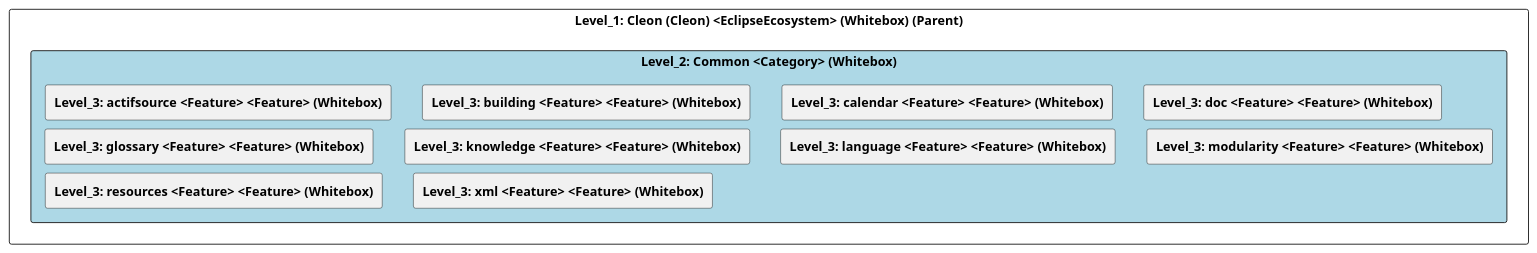
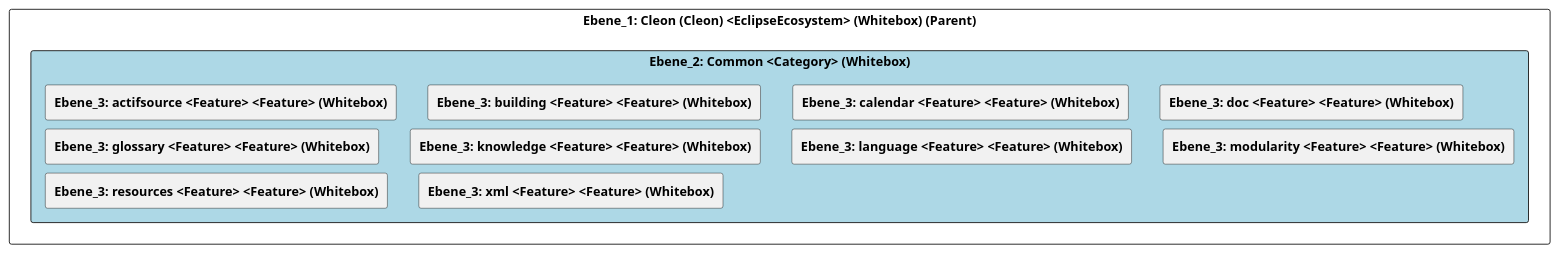
The diagram in doc/cleonproject_deliverables_architecture_model_architecture/adoc/de/05_bausteinsicht/cleon/common/ebene_2_common.adoc (marcozwyssig/cleon), drawn with PlantUML before and after one commit. The commit also changed other lines of this file and 258 other files, not shown here.

```diff
--- a/doc/cleonproject_deliverables_architecture_model_architecture/adoc/de/05_bausteinsicht/cleon/common/ebene_2_common.adoc
+++ b/doc/cleonproject_deliverables_architecture_model_architecture/adoc/de/05_bausteinsicht/cleon/common/ebene_2_common.adoc
@@ -24,33 +24,33 @@
-[plantuml, Level_2: Common <Category> (Whitebox)BlockOverview, format="svg"]
+[plantuml, Ebene_2: Common <Category> (Whitebox)BlockOverview, format="svg"]
 ----
-@startuml Level_2: Common <Category> (Whitebox)BuildingBlockOverview
+@startuml Ebene_2: Common <Category> (Whitebox)BuildingBlockOverview
 
 skinparam ranksep 10
 skinparam componentStyle rectangle
 skinparam shadowing false
 skinparam arrowColor lightblue
 skinparam arrowThickness 1.2
 skinparam rectangle {
   BackgroundColor White
   BorderColor #333
   RoundCorner 10
 }
 top to bottom direction
 
-component "Level_1: Cleon (Cleon) <EclipseEcosystem> (Whitebox) (Parent)" {
-    component "Level_2: Common <Category> (Whitebox)" #lightblue {
-        [**Level_3: actifsource <Feature> <Feature> (Whitebox)**] as 49057F3B_D579_11EE_903E_9F564E4DE07E
-        [**Level_3: building <Feature> <Feature> (Whitebox)**] as 49057F32_D579_11EE_903E_9F564E4DE07E
-        [**Level_3: calendar <Feature> <Feature> (Whitebox)**] as 49057F3C_D579_11EE_903E_9F564E4DE07E
-        [**Level_3: doc <Feature> <Feature> (Whitebox)**] as 4905581D_D579_11EE_903E_9F564E4DE07E
-        [**Level_3: glossary <Feature> <Feature> (Whitebox)**] as 4905581A_D579_11EE_903E_9F564E4DE07E
-        [**Level_3: knowledge <Feature> <Feature> (Whitebox)**] as 4905581E_D579_11EE_903E_9F564E4DE07E
-        [**Level_3: language <Feature> <Feature> (Whitebox)**] as 49055819_D579_11EE_903E_9F564E4DE07E
-        [**Level_3: modularity <Feature> <Feature> (Whitebox)**] as 4905A64F_D579_11EE_903E_9F564E4DE07E
-        [**Level_3: resources <Feature> <Feature> (Whitebox)**] as 49055820_D579_11EE_903E_9F564E4DE07E
-        [**Level_3: xml <Feature> <Feature> (Whitebox)**] as 4905581F_D579_11EE_903E_9F564E4DE07E
+component "Ebene_1: Cleon (Cleon) <EclipseEcosystem> (Whitebox) (Parent)" {
+    component "Ebene_2: Common <Category> (Whitebox)" #lightblue {
+        [**Ebene_3: actifsource <Feature> <Feature> (Whitebox)**] as 49057F3B_D579_11EE_903E_9F564E4DE07E
+        [**Ebene_3: building <Feature> <Feature> (Whitebox)**] as 49057F32_D579_11EE_903E_9F564E4DE07E
+        [**Ebene_3: calendar <Feature> <Feature> (Whitebox)**] as 49057F3C_D579_11EE_903E_9F564E4DE07E
+        [**Ebene_3: doc <Feature> <Feature> (Whitebox)**] as 4905581D_D579_11EE_903E_9F564E4DE07E
+        [**Ebene_3: glossary <Feature> <Feature> (Whitebox)**] as 4905581A_D579_11EE_903E_9F564E4DE07E
+        [**Ebene_3: knowledge <Feature> <Feature> (Whitebox)**] as 4905581E_D579_11EE_903E_9F564E4DE07E
+        [**Ebene_3: language <Feature> <Feature> (Whitebox)**] as 49055819_D579_11EE_903E_9F564E4DE07E
+        [**Ebene_3: modularity <Feature> <Feature> (Whitebox)**] as 4905A64F_D579_11EE_903E_9F564E4DE07E
+        [**Ebene_3: resources <Feature> <Feature> (Whitebox)**] as 49055820_D579_11EE_903E_9F564E4DE07E
+        [**Ebene_3: xml <Feature> <Feature> (Whitebox)**] as 4905581F_D579_11EE_903E_9F564E4DE07E
     }
 }
 
 @enduml
 ----
```
